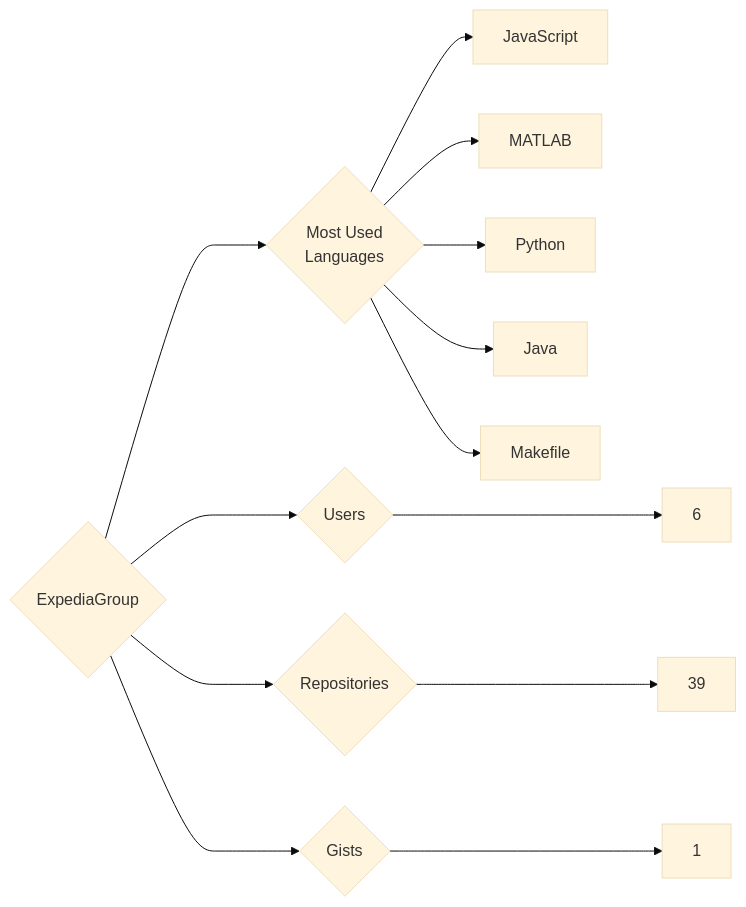
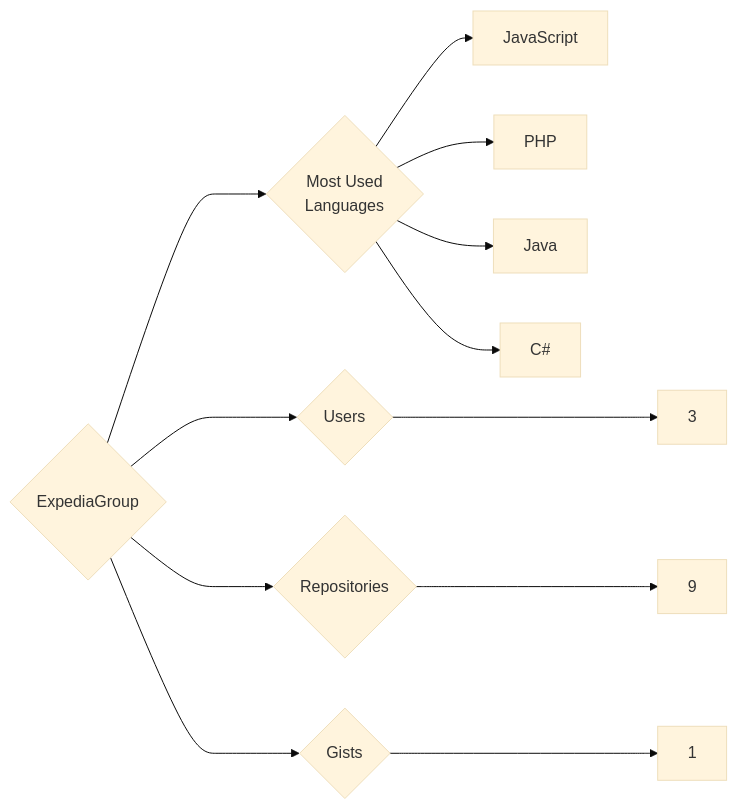
One commit to trickest/insiders changed the diagram in targets/ExpediaGroup/README.md. Above: the diagram before and after it, drawn with Mermaid (base theme). The commit also changed 1055 other files, not shown here.

````diff
--- a/targets/ExpediaGroup/README.md
+++ b/targets/ExpediaGroup/README.md
@@ -3,13 +3,12 @@
 ```mermaid
 graph LR
 COMPANY_NAME{ExpediaGroup}
-COMPANY_NAME ---> U{Users} ---> UN[6]
-COMPANY_NAME ---> R{Repositories} ---> RN[39]
+COMPANY_NAME ---> U{Users} ---> UN[3]
+COMPANY_NAME ---> R{Repositories} ---> RN[9]
 COMPANY_NAME ---> G{Gists} ---> GN[1]
 COMPANY_NAME ---> ML{Most Used<br>Languages}
 ML --> JavaScript[JavaScript]
-ML --> MATLAB[MATLAB]
-ML --> Python[Python]
+ML --> PHP[PHP]
 ML --> Java[Java]
-ML --> Makefile[Makefile]
+ML --> C#[C#]
 ```
````
